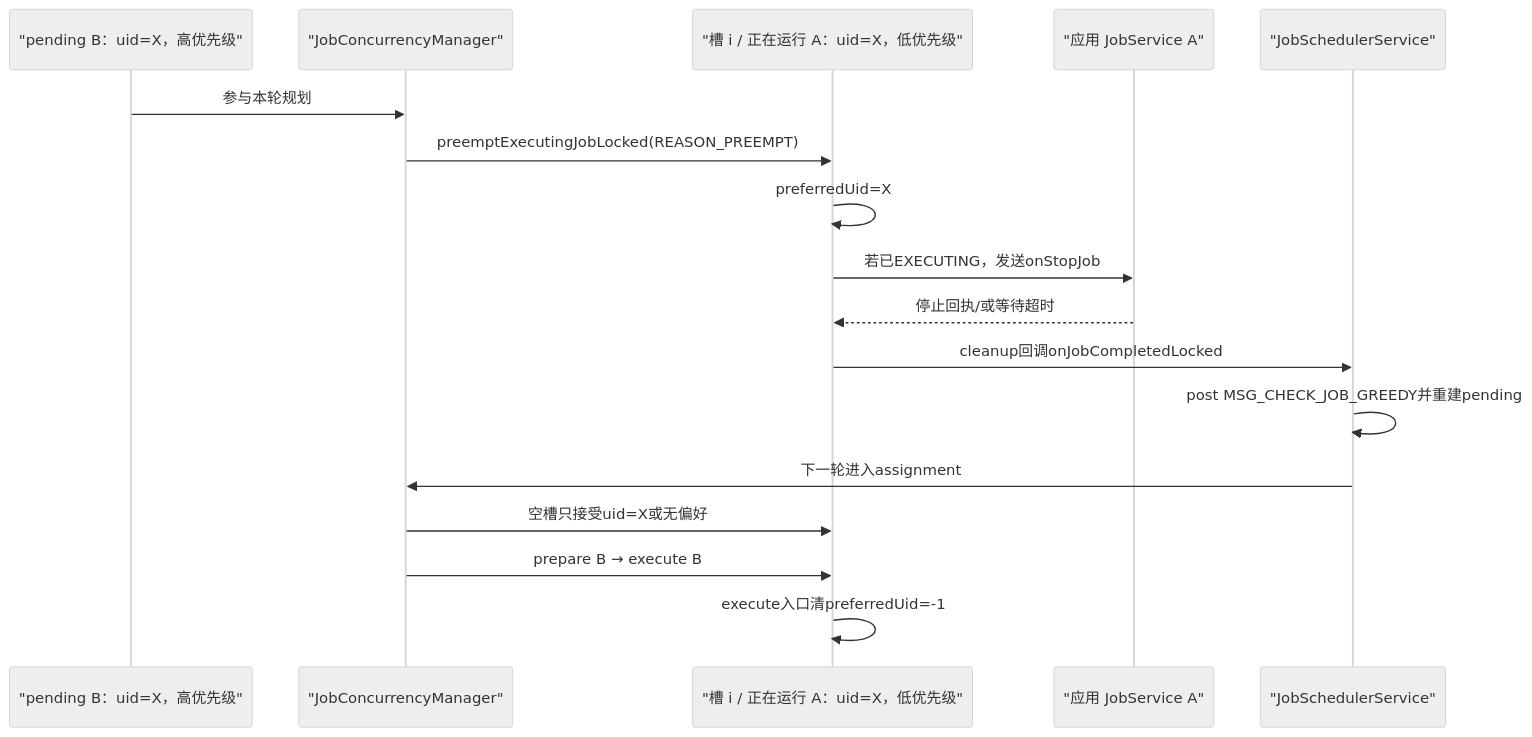
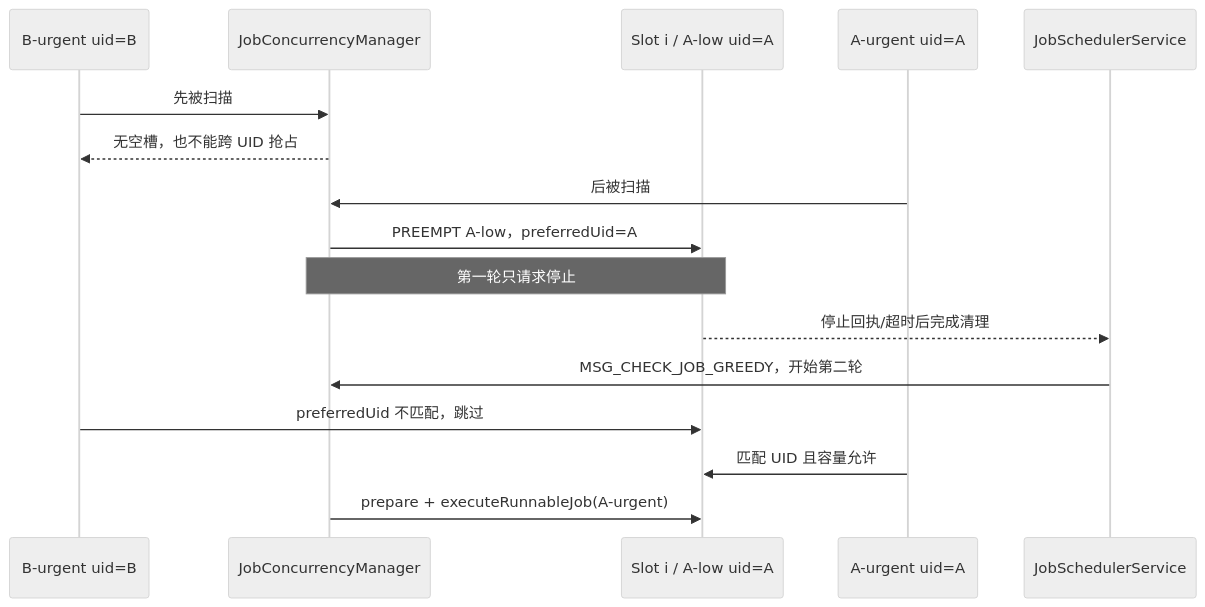
Before and after one commit to junyingzhao001/StudyNotes: the second of 2 diagrams in Android源码学习/131-AndroidJobConcurrencyManager之Pending队列动态并发与同UID抢占.md, drawn with Mermaid (neutral theme). The commit also changed other lines of this file and 93 other files, not shown here.

````diff
--- a/Android源码学习/131-AndroidJobConcurrencyManager之Pending队列动态并发与同UID抢占.md
+++ b/Android源码学习/131-AndroidJobConcurrencyManager之Pending队列动态并发与同UID抢占.md
@@ -934,20 +498,19 @@
 ```mermaid
 sequenceDiagram
-    participant P as "pending B：uid=X，高优先级"
-    participant J as "JobConcurrencyManager"
-    participant C as "槽 i / 正在运行 A：uid=X，低优先级"
-    participant A as "应用 JobService A"
-    participant S as "JobSchedulerService"
+    participant B as B-urgent uid=B
+    participant J as JobConcurrencyManager
+    participant C as Slot i / A-low uid=A
+    participant A as A-urgent uid=A
+    participant S as JobSchedulerService
 
-    P->>J: 参与本轮规划
-    J->>C: preemptExecutingJobLocked(REASON_PREEMPT)
-    C->>C: preferredUid=X
-    C->>A: 若已EXECUTING，发送onStopJob
-    A-->>C: 停止回执/或等待超时
-    C->>S: cleanup回调onJobCompletedLocked
-    S->>S: post MSG_CHECK_JOB_GREEDY并重建pending
-    S->>J: 下一轮进入assignment
-    J->>C: 空槽只接受uid=X或无偏好
-    J->>C: prepare B → execute B
-    C->>C: execute入口清preferredUid=-1
+    B->>J: 先被扫描
+    J-->>B: 无空槽，也不能跨 UID 抢占
+    A->>J: 后被扫描
+    J->>C: PREEMPT A-low，preferredUid=A
+    Note over J,C: 第一轮只请求停止
+    C-->>S: 停止回执/超时后完成清理
+    S->>J: MSG_CHECK_JOB_GREEDY，开始第二轮
+    B->>C: preferredUid 不匹配，跳过
+    A->>C: 匹配 UID 且容量允许
+    J->>C: prepare + executeRunnableJob(A-urgent)
 ```
````
